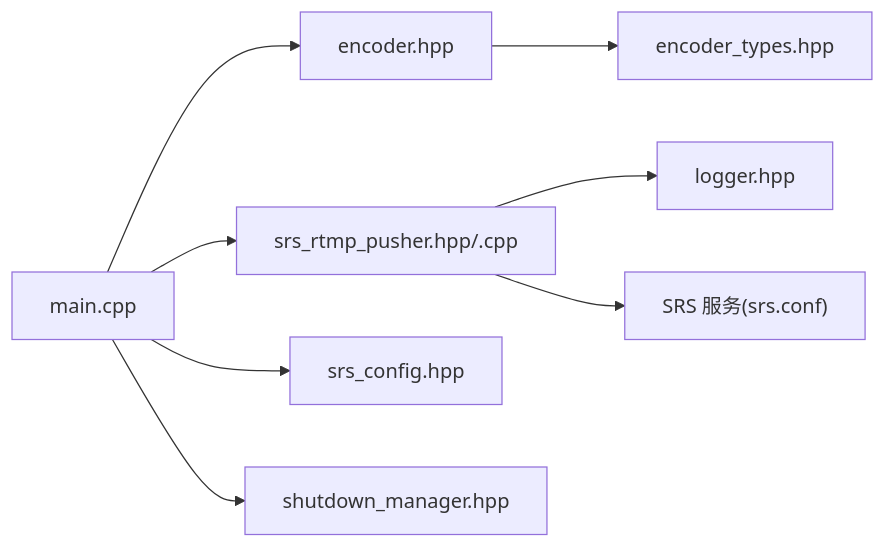
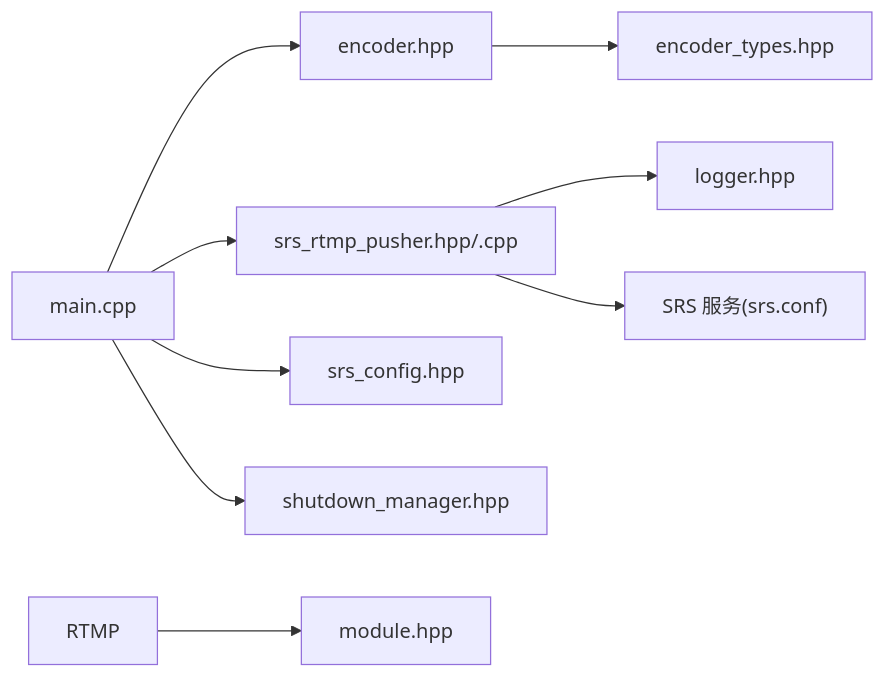
Before and after one commit to tsxuehu/pi-guard: the seventh of 8 diagrams in .qoder/repowiki/zh/content/命令行工具集/RTMP 推流工具.md, drawn with Mermaid. The commit also changed other lines of this file and 7 other files, not shown here.

````diff
--- a/.qoder/repowiki/zh/content/命令行工具集/RTMP 推流工具.md
+++ b/.qoder/repowiki/zh/content/命令行工具集/RTMP 推流工具.md
@@ -260,10 +316,11 @@
 ```mermaid
 graph LR
 CLI["main.cpp"] --> ENC["encoder.hpp"]
 CLI --> PUSH["srs_rtmp_pusher.hpp/.cpp"]
 CLI --> CFG["srs_config.hpp"]
 CLI --> SHD["shutdown_manager.hpp"]
 PUSH --> LOG["logger.hpp"]
+RTMP --> MOD["module.hpp"]
 ENC --> ET["encoder_types.hpp"]
 PUSH --> SRS["SRS 服务(srs.conf)"]
 ```
````
